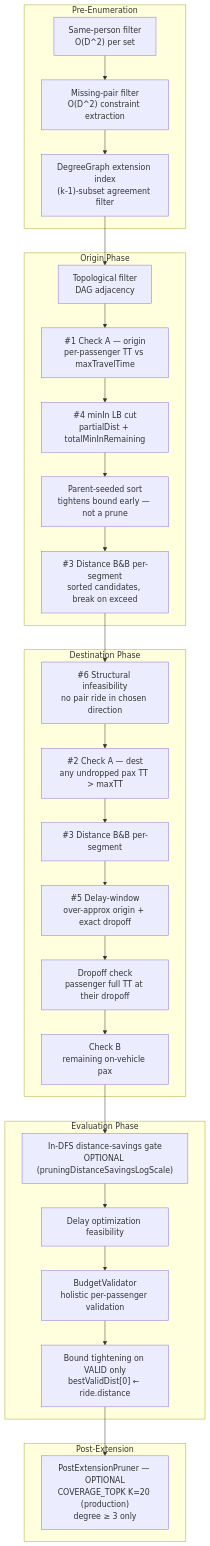
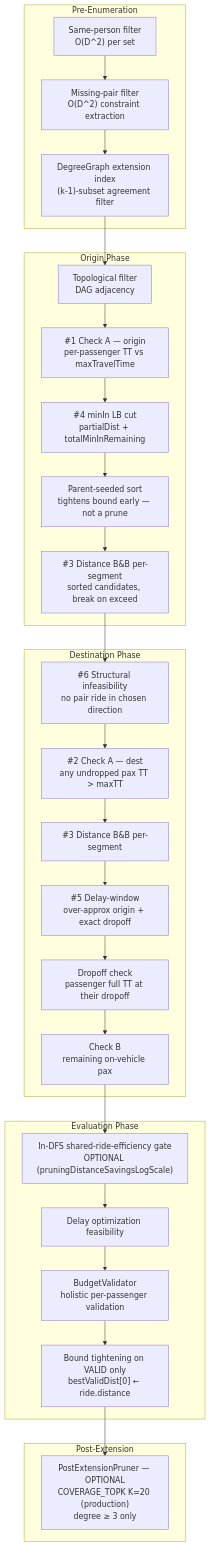
One commit to Chrigarr9/matsim-libs changed the seventh of 23 diagrams in contribs/drt-demand-extraction/docs/drt-demand-extraction-architecture.md. Above: the diagram before and after it, drawn with Mermaid. The commit also changed other lines of this file and 18 other files, not shown here.

````diff
--- a/contribs/drt-demand-extraction/docs/drt-demand-extraction-architecture.md
+++ b/contribs/drt-demand-extraction/docs/drt-demand-extraction-architecture.md
@@ -358,42 +358,42 @@
 ```mermaid
 flowchart TD
     subgraph "Pre-Enumeration"
         P1["Same-person filter<br/>O(D^2) per set"]
         P2["Missing-pair filter<br/>O(D^2) constraint extraction"]
         P3["DegreeGraph extension index<br/>(k-1)-subset agreement filter"]
     end
 
     subgraph "Origin Phase"
         P4["Topological filter<br/>DAG adjacency"]
         P5["#1 Check A — origin<br/>per-passenger TT vs maxTravelTime"]
         P6["#4 minIn LB cut<br/>partialDist + totalMinInRemaining"]
         P7["Parent-seeded sort<br/>tightens bound early — not a prune"]
         P8["#3 Distance B&B per-segment<br/>sorted candidates, break on exceed"]
     end
 
     subgraph "Destination Phase"
         P9["#6 Structural infeasibility<br/>no pair ride in chosen direction"]
         P10["#2 Check A — dest<br/>any undropped pax TT > maxTT"]
         P11["#3 Distance B&B per-segment"]
         P12["#5 Delay-window<br/>over-approx origin + exact dropoff"]
         P13["Dropoff check<br/>passenger full TT at their dropoff"]
         P14["Check B<br/>remaining on-vehicle pax"]
     end
 
     subgraph "Evaluation Phase"
-        P15["In-DFS distance-savings gate<br/>OPTIONAL (pruningDistanceSavingsLogScale)"]
+        P15["In-DFS shared-ride-efficiency gate<br/>OPTIONAL (pruningDistanceSavingsLogScale)"]
         P16["Delay optimization feasibility"]
         P17["BudgetValidator<br/>holistic per-passenger validation"]
         P18["Bound tightening on VALID only<br/>bestValidDist[0] ← ride.distance"]
     end
 
     subgraph "Post-Extension"
         P19["PostExtensionPruner — OPTIONAL<br/>COVERAGE_TOPK K=20 (production)<br/>degree ≥ 3 only"]
     end
 
     P1 --> P2 --> P3
     P3 --> P4 --> P5 --> P6 --> P7 --> P8
     P8 --> P9 --> P10 --> P11 --> P12 --> P13 --> P14
     P14 --> P15 --> P16 --> P17 --> P18
     P18 --> P19
 ```
````
